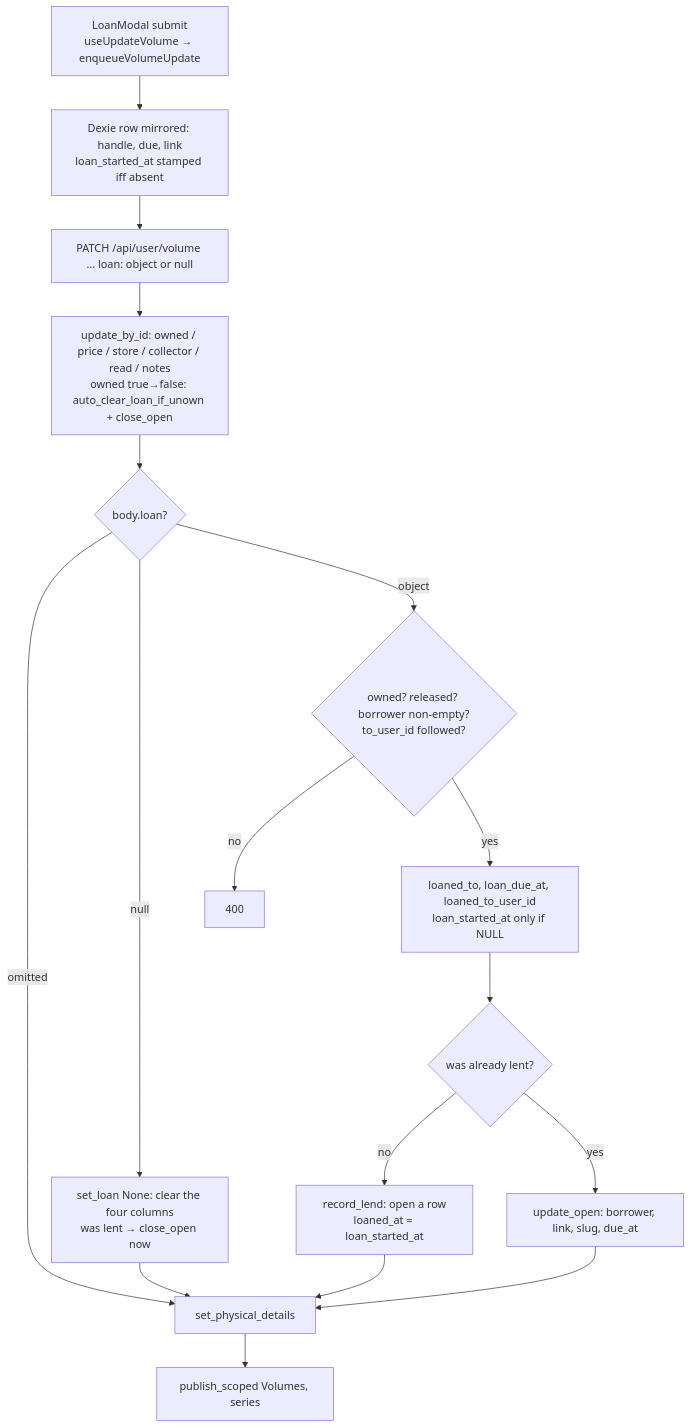
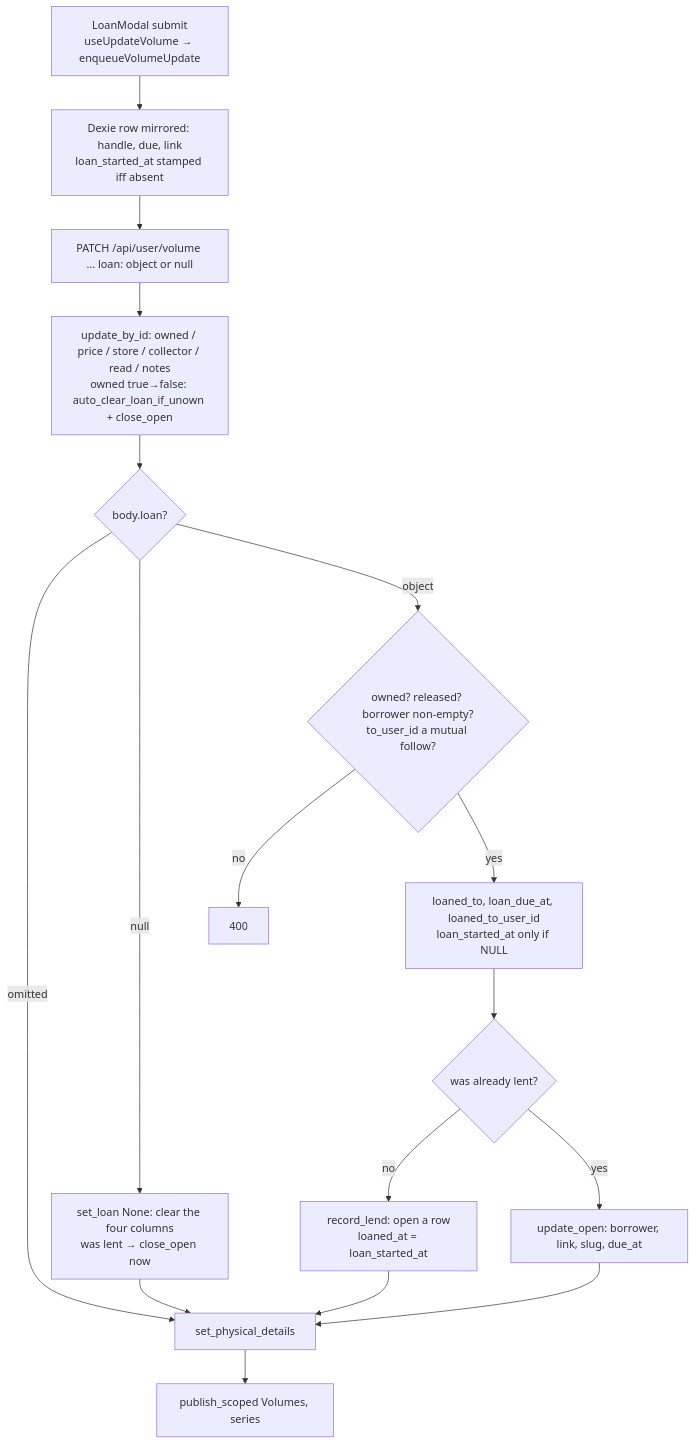
The first of 3 diagrams in docs/modules/loans.md (Dim145/MangaCollector), drawn with Mermaid before and after one commit. The commit also changed other lines of this file and 58 other files, not shown here.

````diff
--- a/docs/modules/loans.md
+++ b/docs/modules/loans.md
@@ -120,19 +126,19 @@
 ```mermaid
 flowchart TD
   A[LoanModal submit<br/>useUpdateVolume → enqueueVolumeUpdate] --> B[Dexie row mirrored: handle, due, link<br/>loan_started_at stamped iff absent]
   B --> C[PATCH /api/user/volume … loan: object or null]
   C --> D[update_by_id: owned / price / store / collector / read / notes<br/>owned true→false: auto_clear_loan_if_unown + close_open]
   D --> E{body.loan?}
   E -- omitted --> H[set_physical_details]
   E -- null --> F[set_loan None: clear the four columns<br/>was lent → close_open now]
-  E -- object --> G{owned? released? borrower non-empty?<br/>to_user_id followed?}
+  E -- object --> G{owned? released? borrower non-empty?<br/>to_user_id a mutual follow?}
   G -- no --> X[400]
   G -- yes --> G2[loaned_to, loan_due_at, loaned_to_user_id<br/>loan_started_at only if NULL]
   G2 --> G3{was already lent?}
   G3 -- no --> G4[record_lend: open a row<br/>loaned_at = loan_started_at]
   G3 -- yes --> G5[update_open: borrower, link, slug, due_at]
   F --> H
   G4 --> H
   G5 --> H
   H --> I[publish_scoped Volumes, series]
 ```
````
